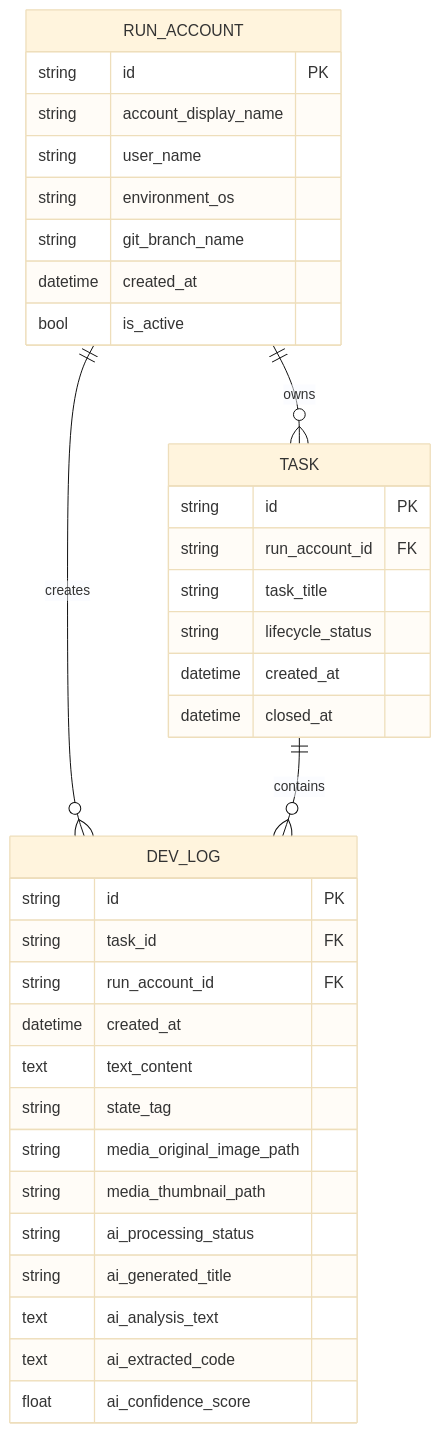
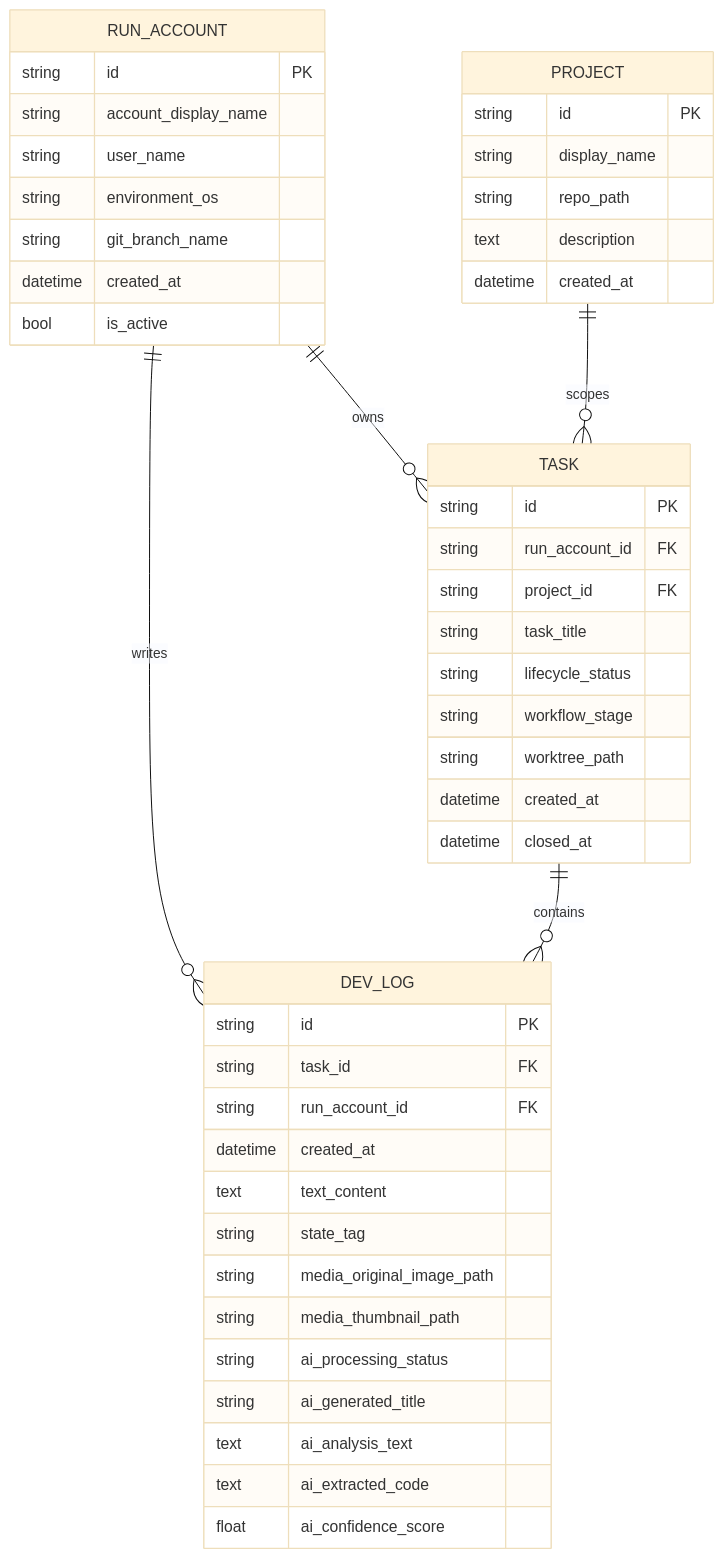
One commit to zata-zhangtao/koda changed the diagram in docs/database/schema.md. Above: the diagram before and after it, drawn with Mermaid (base theme). The commit also changed other lines of this file and 20 other files, not shown here.

First line of the commit message:
feat: enhance task workflow and documentation

````diff
--- a/docs/database/schema.md
+++ b/docs/database/schema.md
@@ -13,41 +14,53 @@
 ```mermaid
 erDiagram
     RUN_ACCOUNT ||--o{ TASK : owns
-    RUN_ACCOUNT ||--o{ DEV_LOG : creates
+    RUN_ACCOUNT ||--o{ DEV_LOG : writes
+    PROJECT ||--o{ TASK : scopes
     TASK ||--o{ DEV_LOG : contains
 
     RUN_ACCOUNT {
         string id PK
         string account_display_name
         string user_name
         string environment_os
         string git_branch_name
         datetime created_at
         bool is_active
     }
 
+    PROJECT {
+        string id PK
+        string display_name
+        string repo_path
+        text description
+        datetime created_at
+    }
+
     TASK {
         string id PK
         string run_account_id FK
+        string project_id FK
         string task_title
         string lifecycle_status
+        string workflow_stage
+        string worktree_path
         datetime created_at
         datetime closed_at
     }
 
     DEV_LOG {
         string id PK
         string task_id FK
         string run_account_id FK
         datetime created_at
         text text_content
         string state_tag
         string media_original_image_path
         string media_thumbnail_path
         string ai_processing_status
         string ai_generated_title
         text ai_analysis_text
         text ai_extracted_code
         float ai_confidence_score
     }
 ```
````
